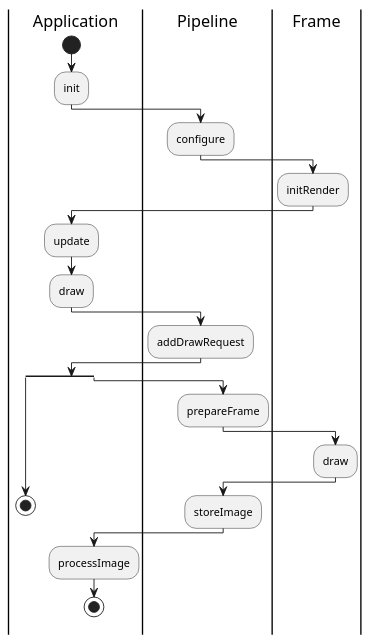
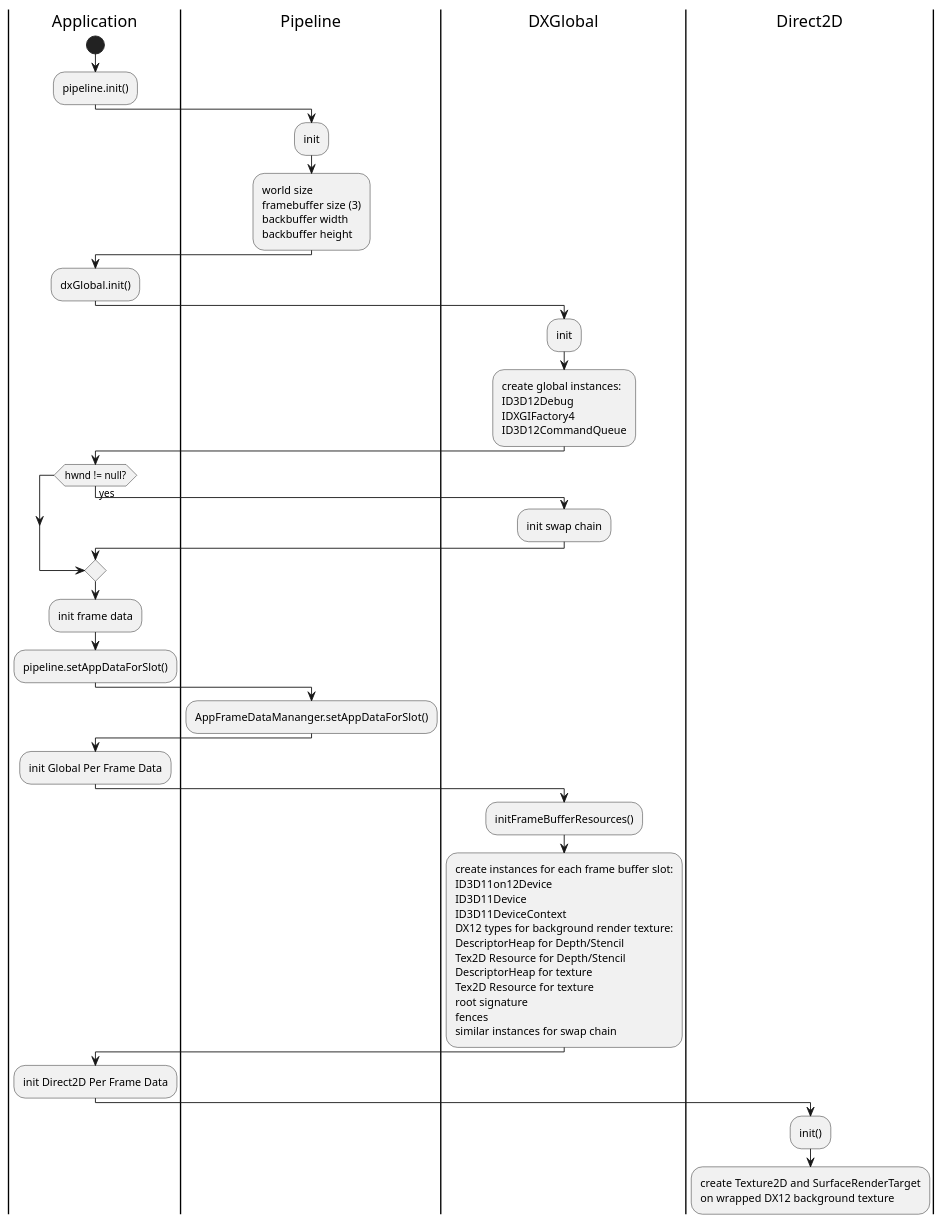
One commit to ClemensX/ShadedPath12 changed the first of 2 diagrams in README_ARCH.md. Above: the diagram before and after it, drawn with PlantUML. The commit also changed other lines of this file and 2 other files, not shown here.

Commit message:
documentation

````diff
--- a/README_ARCH.md
+++ b/README_ARCH.md
@@ -19,33 +8,55 @@
-```plantuml
 @startuml
 |Application|
 |Pipeline|
-|Frame|
+|DXGlobal|
+|Direct2D|
     |Application|
     start
+    :pipeline.init();
+    |Pipeline|
     :init;
+    :world size
+    framebuffer size (3)
+    backbuffer width
+    backbuffer height;
+    |Application|
+    :dxGlobal.init();
+    |DXGlobal|
+    :init;
+    :create global instances:
+    ID3D12Debug
+    IDXGIFactory4
+    ID3D12CommandQueue;
+    |Application|
+    if (hwnd != null?) then (yes)
+        |DXGlobal|
+        :init swap chain;
+    endif
+    |Application|
+    :init frame data;
+    :pipeline.setAppDataForSlot();
     |Pipeline|
-    :configure;
-    |Frame|
-    :initRender;
+    :AppFrameDataMananger.setAppDataForSlot();
     |Application|
-    :update;
-    :draw;
-    |Pipeline|
-    :addDrawRequest;
-    split
-        |Application|
-        stop
-    split again
-        |Pipeline|
-        :prepareFrame;
-        |Frame|
-        :draw;
-        |Pipeline|
-        :storeImage;
-        |Application|
-        :processImage;
-        stop
-    end split
+    :init Global Per Frame Data;
+    |DXGlobal|
+    :initFrameBufferResources();
+    :create instances for each frame buffer slot:
+    ID3D11on12Device
+    ID3D11Device
+    ID3D11DeviceContext
+    DX12 types for background render texture:
+    DescriptorHeap for Depth/Stencil
+    Tex2D Resource for Depth/Stencil
+    DescriptorHeap for texture
+    Tex2D Resource for texture
+    root signature
+    fences
+    similar instances for swap chain;
+    |Application|
+    :init Direct2D Per Frame Data;
+    |Direct2D|
+    :init();
+    :create Texture2D and SurfaceRenderTarget
+    on wrapped DX12 background texture;
 @enduml
-```
````
